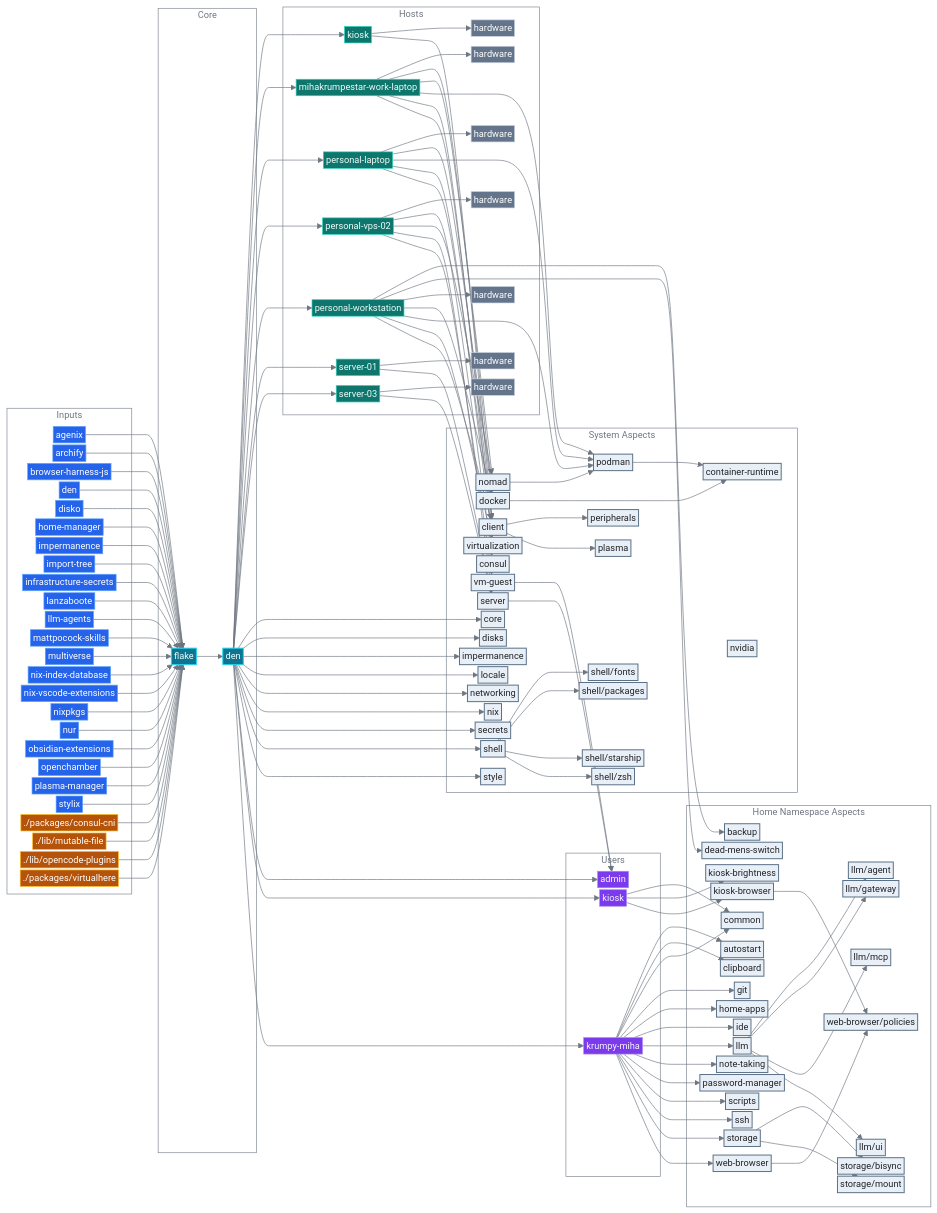
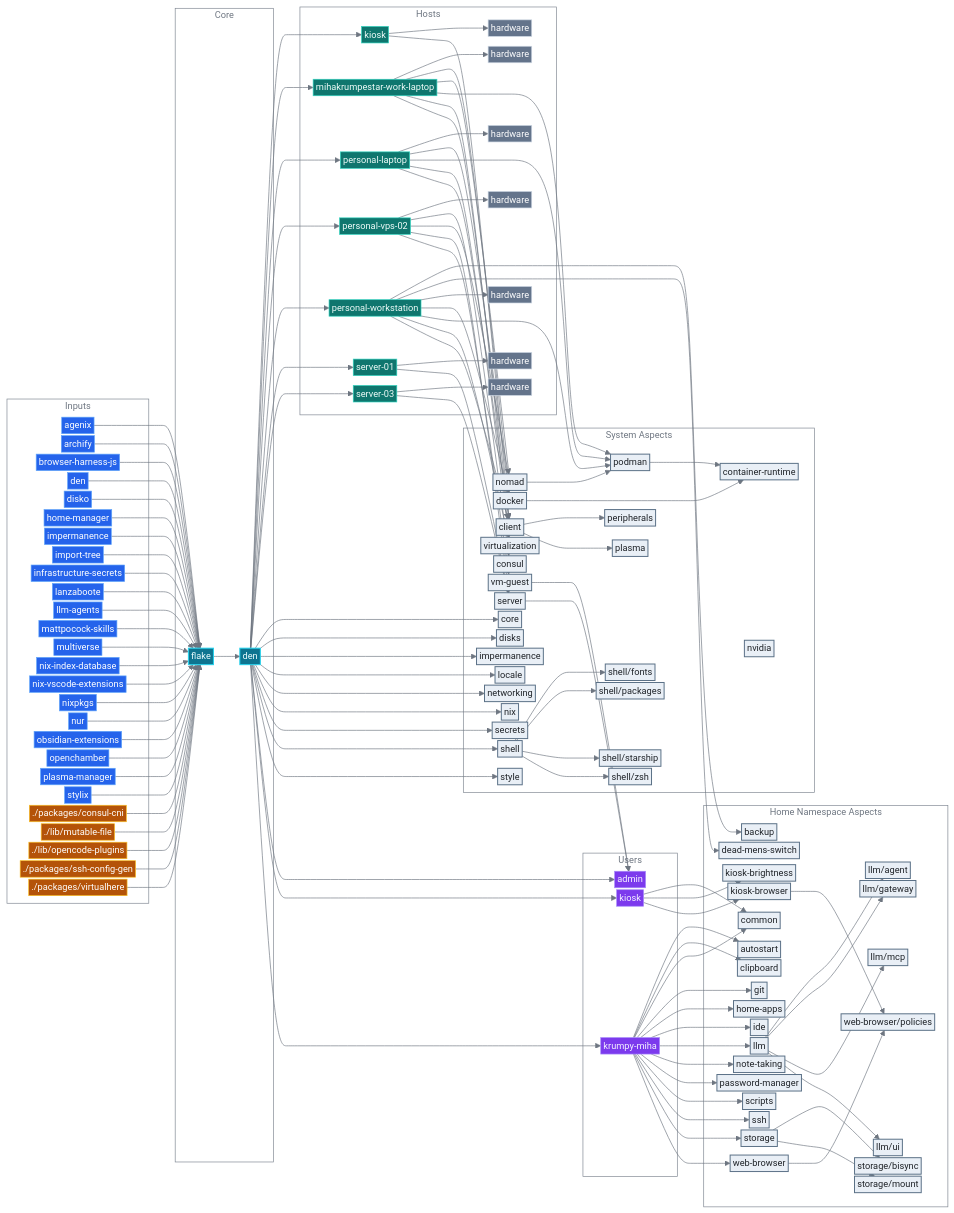
The diagram in README.md (mihakrumpestar/infrastructure), drawn with Mermaid before and after one commit. The commit also changed other lines of this file and 18 other files, not shown here.

Commit message:
feat: add ssh config generator from KeepassXC entries

```diff
--- a/README.md
+++ b/README.md
@@ -156,6 +156,7 @@
         local_consul_cni["./packages/consul-cni"]:::local
         local_mutable_file["./lib/mutable-file"]:::local
         local_opencode_plugins["./lib/opencode-plugins"]:::local
+        local_ssh_config_gen["./packages/ssh-config-gen"]:::local
         local_virtualhere["./packages/virtualhere"]:::local
     end
 
@@ -324,6 +325,7 @@
     local_consul_cni --> flake
     local_mutable_file --> flake
     local_opencode_plugins --> flake
+    local_ssh_config_gen --> flake
     local_virtualhere --> flake
     opt_docker --> opt_container_runtime
     opt_nomad --> opt_podman
```
